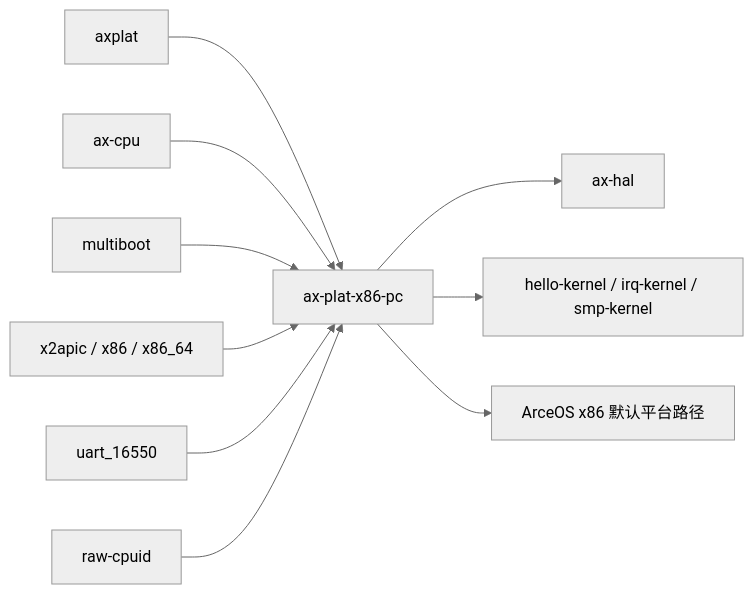
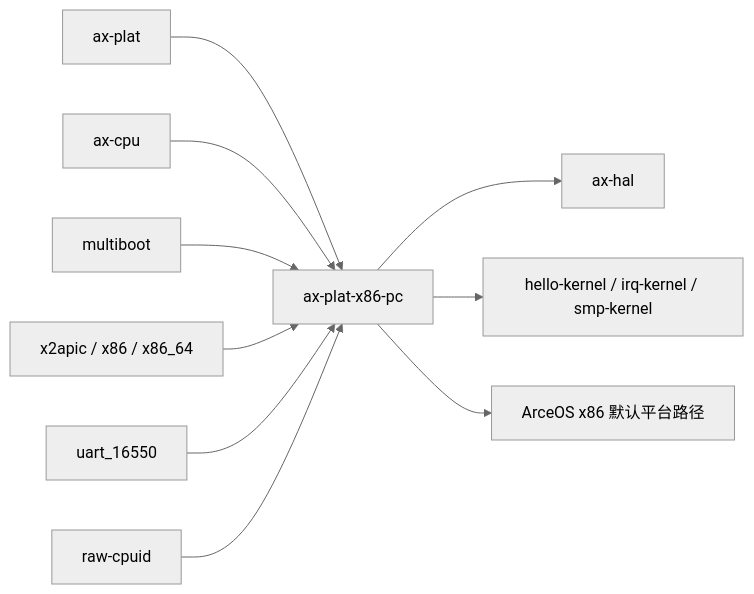
Before and after one commit to zKurisu/tgoskits: the second of 3 diagrams in docs/crates/ax-plat-x86-pc.md, drawn with Mermaid (neutral theme). The commit also changed other lines of this file and 199 other files, not shown here.

Commit message:
rename axplat to ax-plat

````diff
--- a/docs/crates/ax-plat-x86-pc.md
+++ b/docs/crates/ax-plat-x86-pc.md
@@ -122,13 +122,13 @@
 ```mermaid
 graph LR
-    axplat["axplat"] --> current["ax-plat-x86-pc"]
+    axplat["ax-plat"] --> current["ax-plat-x86-pc"]
     ax-cpu["ax-cpu"] --> current
     multiboot["multiboot"] --> current
     apic["x2apic / x86 / x86_64"] --> current
     uart["uart_16550"] --> current
     cpuid["raw-cpuid"] --> current
 
     current --> ax-hal["ax-hal"]
     current --> hello["hello-kernel / irq-kernel / smp-kernel"]
     current --> arceos["ArceOS x86 默认平台路径"]
 ```
````
